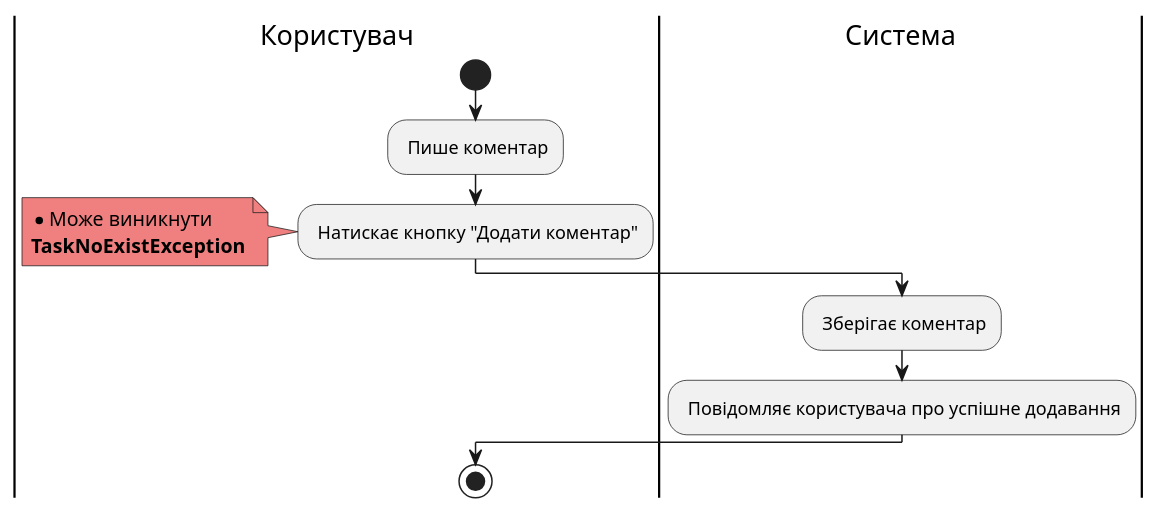
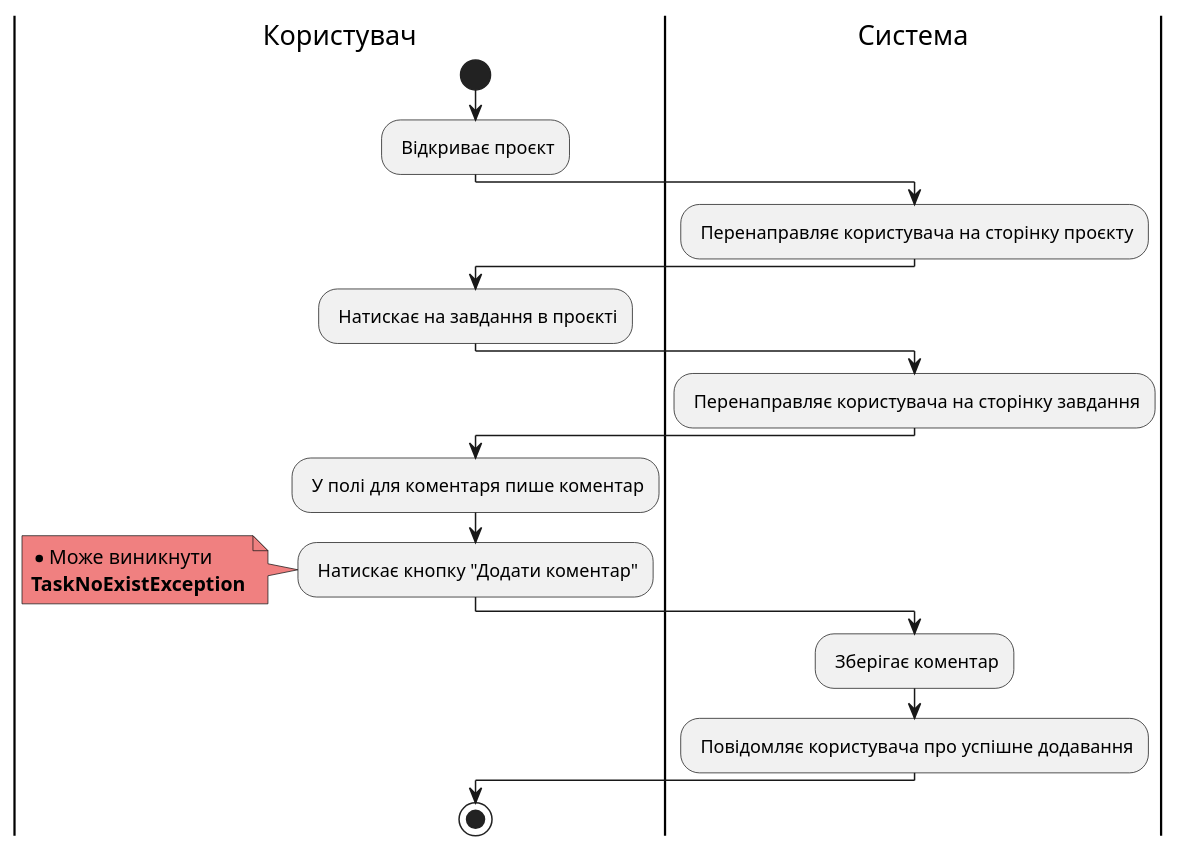
Before and after one commit to samoilenkomariia/db-coursework: the fifth of 6 diagrams in docs/use cases/README.md, drawn with PlantUML. The commit also changed other lines of this file, not shown here.

Commit message:
Update use cases diagrams

```diff
--- a/docs/use cases/README.md
+++ b/docs/use cases/README.md
@@ -295,19 +327,31 @@
 @startuml
     
     |Користувач|
     start;
-    : Пише коментар;
+    : Відкриває проєкт;
+    
+    |Система|
+    : Перенаправляє користувача на сторінку проєкту;
+    
+    |Користувач|
+    : Натискає на завдання в проєкті;
+
+    |Система|
+    : Перенаправляє користувача на сторінку завдання;
+    
+    |Користувач|
+    : У полі для коментаря пише коментар;
     : Натискає кнопку "Додати коментар";
     
     note left #lightcoral
         * Може виникнути
         <b>TaskNoExistException</b>
     end note
 
     |Система|
     : Зберігає коментар;
     : Повідомляє користувача про успішне додавання;
 
     |Користувач|
         stop;
 @enduml
```
